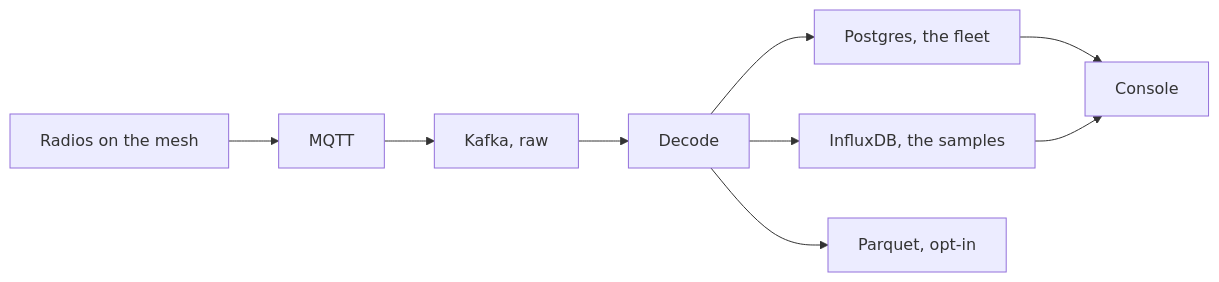
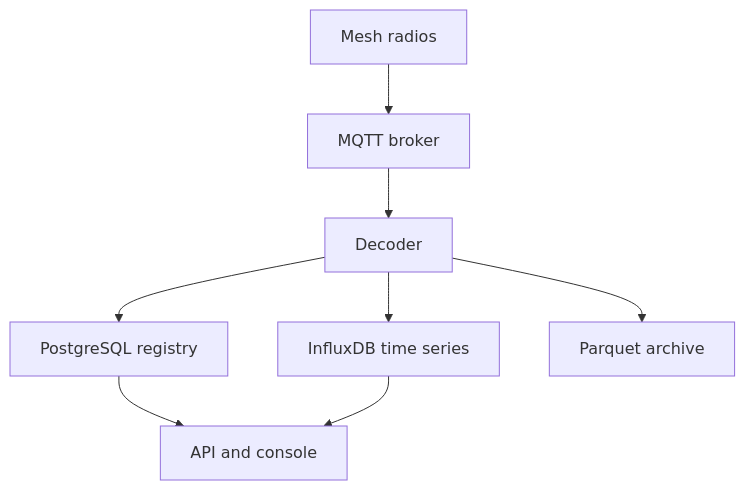
One commit to sensical-coop/mesh-things-apps changed the diagram in apps/web/content/docs/en/overview.mdx. Above: the diagram before and after it, drawn with Mermaid. The commit also changed other lines of this file and 27 other files, not shown here.

````diff
--- a/apps/web/content/docs/en/overview.mdx
+++ b/apps/web/content/docs/en/overview.mdx
@@ -10,11 +10,10 @@
 ```mermaid
-flowchart LR
-  radios["Radios on the mesh"] --> mqtt["MQTT"]
-  mqtt --> raw["Kafka, raw"]
-  raw --> decode["Decode"]
-  decode --> catalog["Postgres, the fleet"]
-  decode --> series["InfluxDB, the samples"]
-  decode --> archive["Parquet, opt-in"]
-  catalog --> console["Console"]
+flowchart TD
+  radios["Mesh radios"] --> mqtt["MQTT broker"]
+  mqtt --> decoder["Decoder"]
+  decoder --> registry["PostgreSQL registry"]
+  decoder --> series["InfluxDB time series"]
+  decoder --> archive["Parquet archive"]
+  registry --> console["API and console"]
   series --> console
 ```
````
